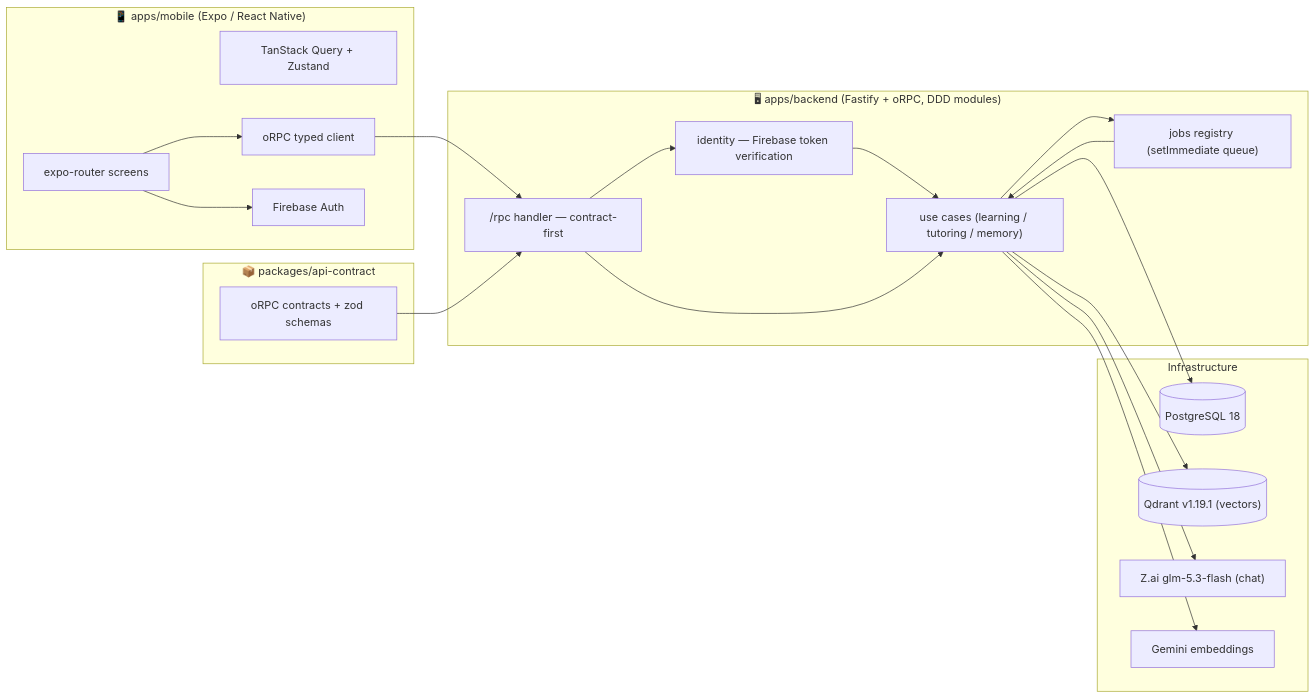
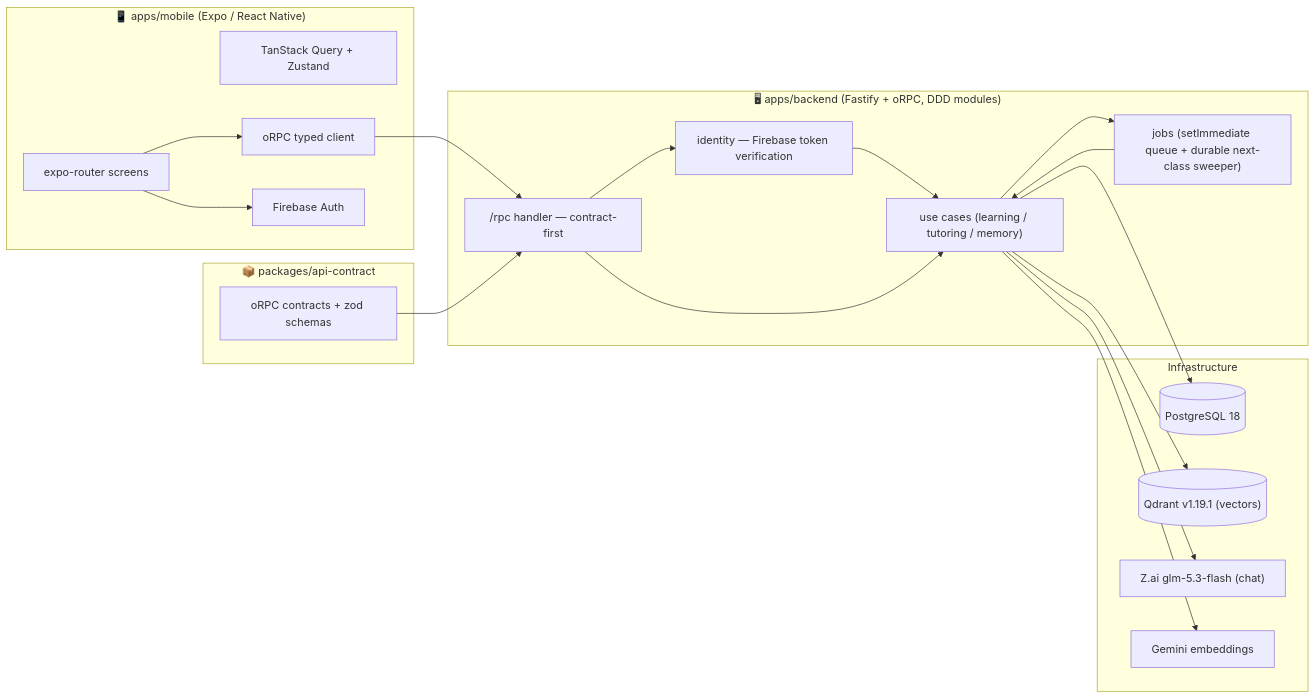
One commit to IAmPavelDev/axonpath changed the first of 2 diagrams in knowledge-base/ARCHITECTURE.md. Above: the diagram before and after it, drawn with Mermaid. The commit also changed other lines of this file and 3 other files, not shown here.

Commit message:
Sync context docs to d6508e8 (TS 7 committed, durable next-class queue, 86/86)

````diff
--- a/knowledge-base/ARCHITECTURE.md
+++ b/knowledge-base/ARCHITECTURE.md
@@ -21,38 +21,38 @@
 ```mermaid
 flowchart LR
     subgraph Mobile["📱 apps/mobile (Expo / React Native)"]
         M[expo-router screens]
         Q[TanStack Query + Zustand]
         RPC[oRPC typed client]
         FBM[Firebase Auth]
     end
 
     subgraph Backend["🖥 apps/backend (Fastify + oRPC, DDD modules)"]
         API["/rpc handler — contract-first"]
         AUTH["identity — Firebase token verification"]
         UC["use cases (learning / tutoring / memory)"]
-        JOBS["jobs registry (setImmediate queue)"]
+        JOBS["jobs (setImmediate queue + durable next-class sweeper)"]
     end
 
     subgraph Shared["📦 packages/api-contract"]
         CONTRACTS["oRPC contracts + zod schemas"]
     end
 
     subgraph Infra["Infrastructure"]
         DB[("PostgreSQL 18")]
         QD[("Qdrant v1.19.1 (vectors)")]
         ZAI["Z.ai glm-5.3-flash (chat)"]
         GEM["Gemini embeddings"]
     end
 
     M --> FBM
     M --> RPC --> API
     CONTRACTS --> API
     API --> AUTH --> UC
     API --> UC
     UC --> JOBS --> UC
     UC --> DB
     UC --> QD
     UC --> ZAI
     UC --> GEM
 ```
````
